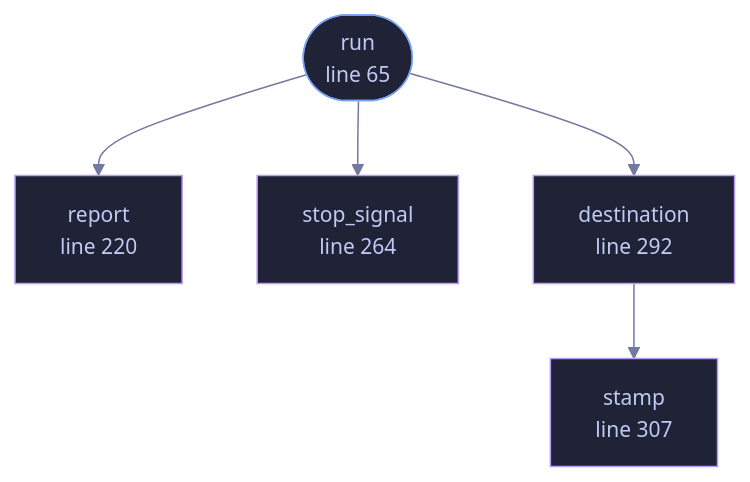
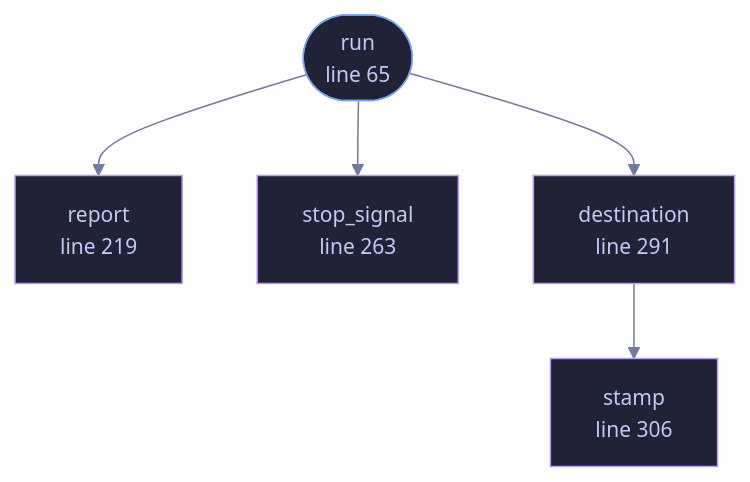
One commit to tilas01/veilvoice changed the diagram in wiki/File-veilvoice-cli-record.md. Above: the diagram before and after it, drawn with Mermaid. The commit also changed other lines of this file and 46 other files, not shown here.

````diff
--- a/wiki/File-veilvoice-cli-record.md
+++ b/wiki/File-veilvoice-cli-record.md
@@ -85,22 +85,22 @@
 ```mermaid
 %%{init: {"theme":"base","themeVariables":{"background":"#1a1b26","primaryColor":"#1f2335","primaryTextColor":"#c0caf5","primaryBorderColor":"#7aa2f7","secondaryColor":"#16161e","tertiaryColor":"#16161e","lineColor":"#737aa2","textColor":"#c0caf5","mainBkg":"#1f2335","nodeBorder":"#7aa2f7","clusterBkg":"#16161e","clusterBorder":"#2f3549","fontFamily":"ui-monospace, SFMono-Regular, Consolas, monospace","fontSize":"14px"}}}%%
 flowchart TD
     n_run(["run<br/>line 65"])
-    n_report["report<br/>line 220"]
-    n_stop_signal["stop_signal<br/>line 264"]
-    n_destination["destination<br/>line 292"]
-    n_stamp["stamp<br/>line 307"]
+    n_report["report<br/>line 219"]
+    n_stop_signal["stop_signal<br/>line 263"]
+    n_destination["destination<br/>line 291"]
+    n_stamp["stamp<br/>line 306"]
     n_destination --> n_stamp
     n_run --> n_destination
     n_run --> n_report
     n_run --> n_stop_signal
     click n_run href "https://github.com/tilas01/veilvoice/blob/main/crates/veilvoice-cli/src/record.rs#L65" "open the source"
-    click n_report href "https://github.com/tilas01/veilvoice/blob/main/crates/veilvoice-cli/src/record.rs#L220" "open the source"
-    click n_stop_signal href "https://github.com/tilas01/veilvoice/blob/main/crates/veilvoice-cli/src/record.rs#L264" "open the source"
-    click n_destination href "https://github.com/tilas01/veilvoice/blob/main/crates/veilvoice-cli/src/record.rs#L292" "open the source"
-    click n_stamp href "https://github.com/tilas01/veilvoice/blob/main/crates/veilvoice-cli/src/record.rs#L307" "open the source"
+    click n_report href "https://github.com/tilas01/veilvoice/blob/main/crates/veilvoice-cli/src/record.rs#L219" "open the source"
+    click n_stop_signal href "https://github.com/tilas01/veilvoice/blob/main/crates/veilvoice-cli/src/record.rs#L263" "open the source"
+    click n_destination href "https://github.com/tilas01/veilvoice/blob/main/crates/veilvoice-cli/src/record.rs#L291" "open the source"
+    click n_stamp href "https://github.com/tilas01/veilvoice/blob/main/crates/veilvoice-cli/src/record.rs#L306" "open the source"
     classDef entry fill:#1f2335,stroke:#7aa2f7,color:#c0caf5
     class n_run entry
     classDef helper fill:#1f2335,stroke:#bb9af7,color:#c0caf5
     class n_report,n_stop_signal,n_destination,n_stamp helper
 ```
````
